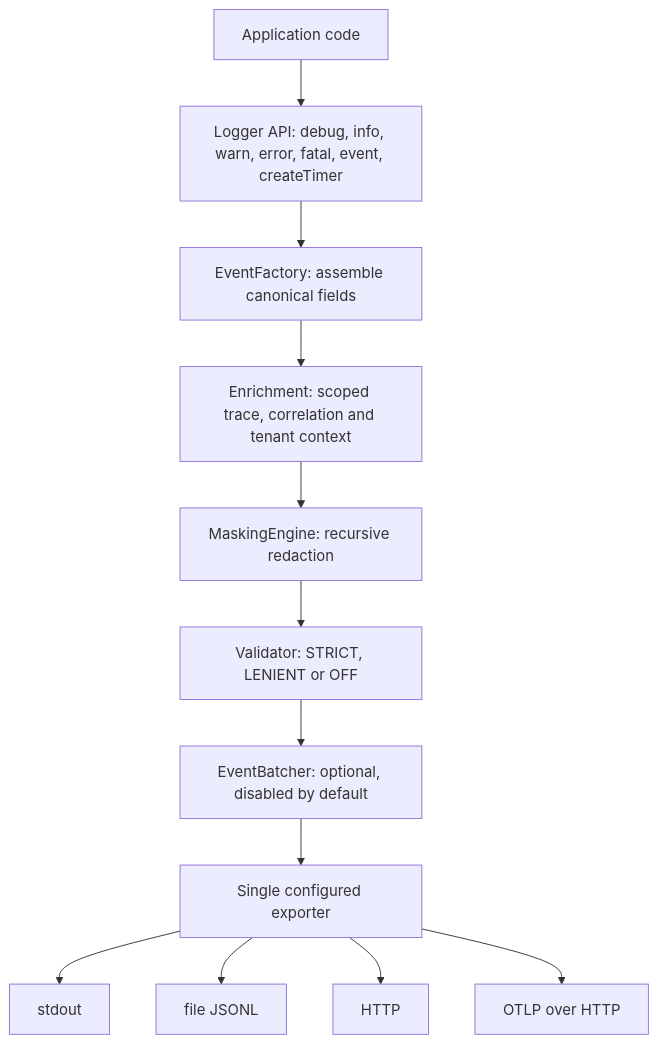
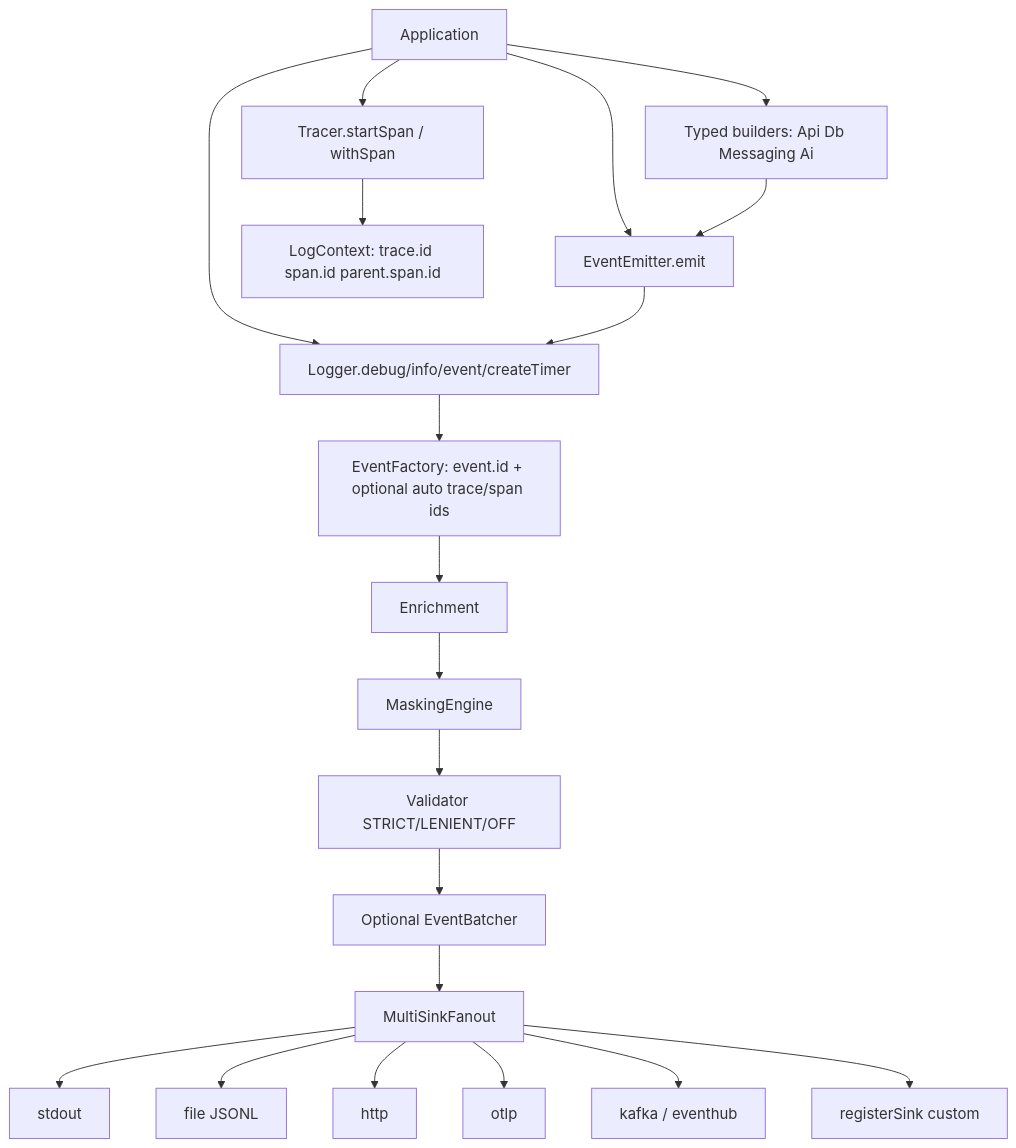
The diagram in kavia-docs/CodeWiki/Specs/Other/structured-event-framework-gap-analysis.md (SathsaraSDigitalT3/dt3-logger), drawn with Mermaid before and after one commit. The commit also changed other lines of this file and 32 other files, not shown here.

````diff
--- a/kavia-docs/CodeWiki/Specs/Other/structured-event-framework-gap-analysis.md
+++ b/kavia-docs/CodeWiki/Specs/Other/structured-event-framework-gap-analysis.md
@@ -168,14 +17,22 @@
 ```mermaid
 flowchart TD
-    A["Application code"] --> B["Logger API: debug, info, warn, error, fatal, event, createTimer"]
-    B --> C["EventFactory: assemble canonical fields"]
-    C --> D["Enrichment: scoped trace, correlation and tenant context"]
-    D --> E["MaskingEngine: recursive redaction"]
-    E --> F["Validator: STRICT, LENIENT or OFF"]
-    F --> G["EventBatcher: optional, disabled by default"]
-    G --> H["Single configured exporter"]
-    H --> I["stdout"]
-    H --> J["file JSONL"]
-    H --> K["HTTP"]
-    H --> L["OTLP over HTTP"]
+  App["Application"] --> Builders["Typed builders: Api Db Messaging Ai"]
+  App --> Emitter["EventEmitter.emit"]
+  App --> LoggerApi["Logger.debug/info/event/createTimer"]
+  App --> Tracer["Tracer.startSpan / withSpan"]
+  Builders --> Emitter
+  Emitter --> LoggerApi
+  Tracer --> Ctx["LogContext: trace.id span.id parent.span.id"]
+  LoggerApi --> Factory["EventFactory: event.id + optional auto trace/span ids"]
+  Factory --> Enrich["Enrichment"]
+  Enrich --> Mask["MaskingEngine"]
+  Mask --> Val["Validator STRICT/LENIENT/OFF"]
+  Val --> Batch["Optional EventBatcher"]
+  Batch --> Fanout["MultiSinkFanout"]
+  Fanout --> Std["stdout"]
+  Fanout --> File["file JSONL"]
+  Fanout --> Http["http"]
+  Fanout --> Otlp["otlp"]
+  Fanout --> Kafka["kafka / eventhub"]
+  Fanout --> Custom["registerSink custom"]
 ```
````
